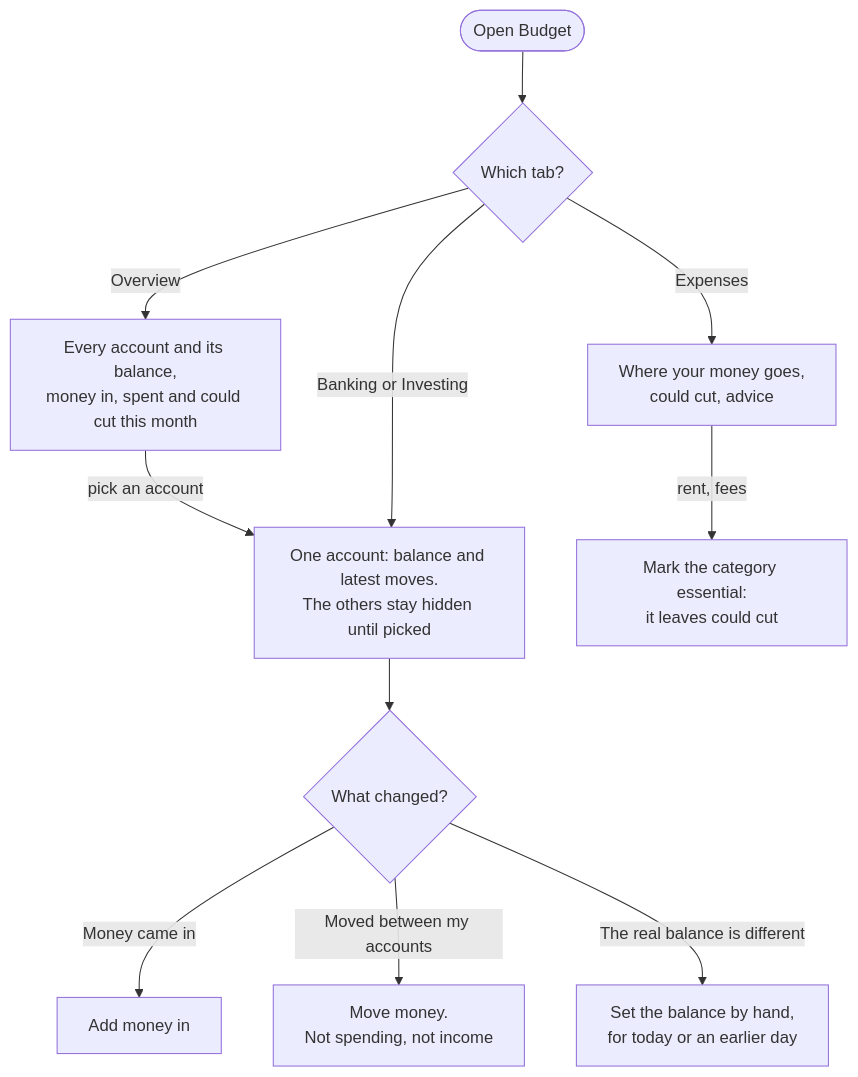
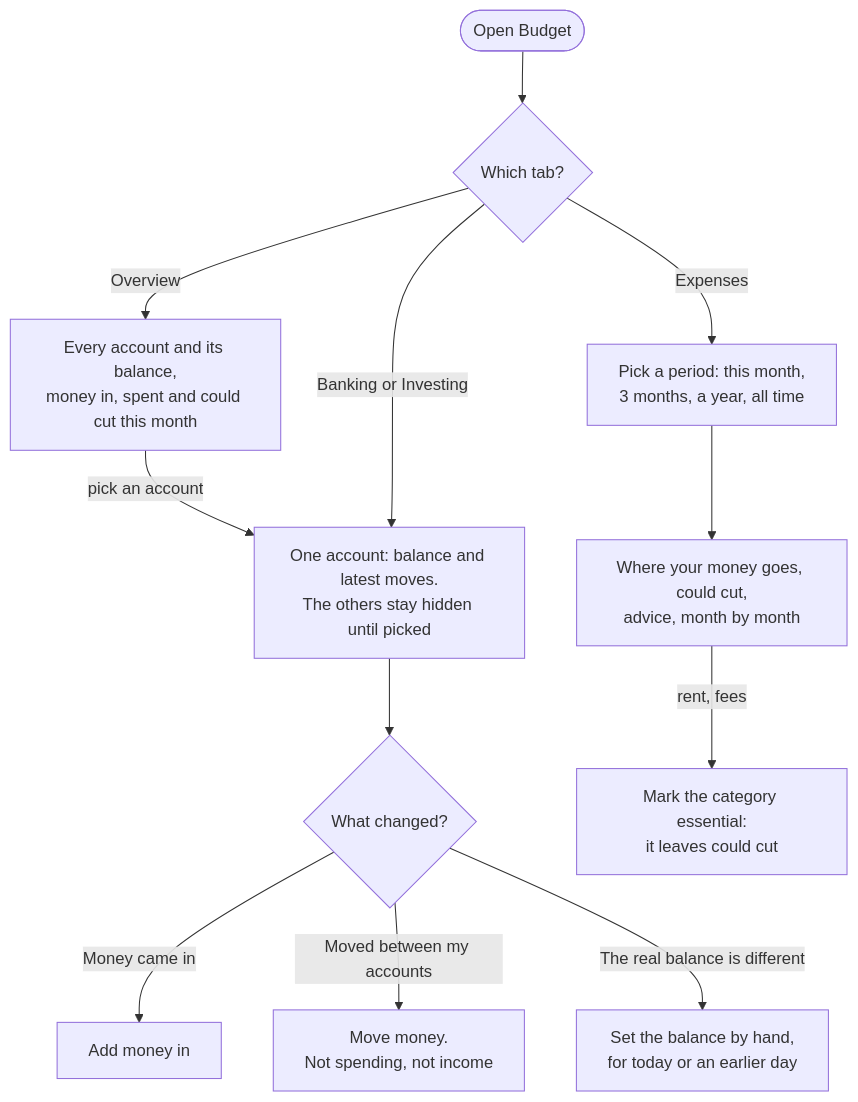
The fifth of 6 diagrams in docs/02-design/app-flow.md (sih2006/Everything-A-Monash-Malaysia-Student-Would-Need), drawn with Mermaid before and after one commit. The commit also changed other lines of this file and 15 other files, not shown here.

````diff
--- a/docs/02-design/app-flow.md
+++ b/docs/02-design/app-flow.md
@@ -121,13 +121,14 @@
 ```mermaid
 flowchart TD
   open([Open Budget]) --> tab{Which tab?}
   tab -- Overview --> list[Every account and its balance,<br/>money in, spent and could cut this month]
   list -- pick an account --> one
   tab -- Banking or Investing --> one[One account: balance and latest moves.<br/>The others stay hidden until picked]
   one --> what{What changed?}
   what -- Money came in --> income[Add money in]
   what -- Moved between my accounts --> move[Move money.<br/>Not spending, not income]
   what -- The real balance is different --> set[Set the balance by hand,<br/>for today or an earlier day]
-  tab -- Expenses --> spend[Where your money goes,<br/>could cut, advice]
+  tab -- Expenses --> period[Pick a period: this month,<br/>3 months, a year, all time]
+  period --> spend[Where your money goes, could cut,<br/>advice, month by month]
   spend -- "rent, fees" --> ess[Mark the category essential:<br/>it leaves could cut]
 ```
````
